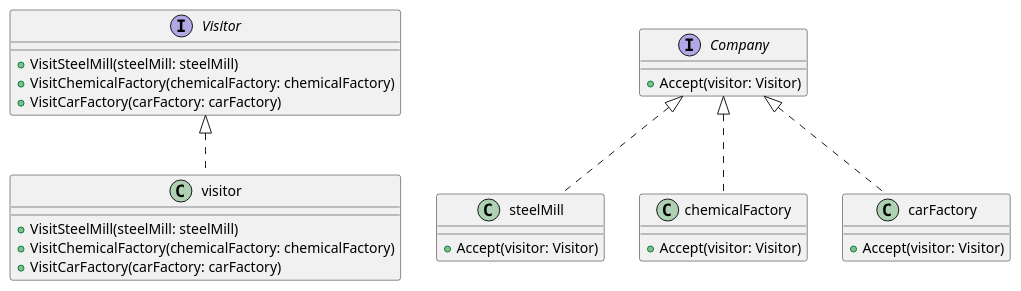
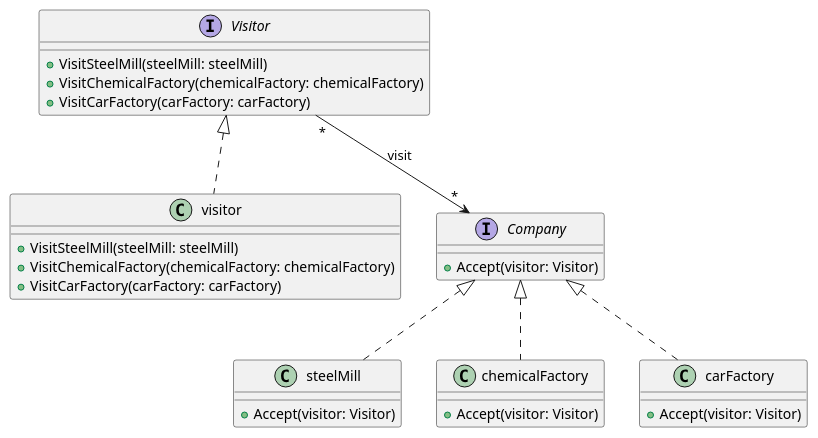
The diagram in doc/visitor_class.puml (capitanFlint129/architectural-patterns-in-go), drawn with PlantUML before and after one commit.

Commit message:
fix class diagram

```diff
--- a/doc/visitor_class.puml
+++ b/doc/visitor_class.puml
@@ -1,38 +1,40 @@
 @startuml
 'https://plantuml.com/class-diagram
 
 interface Visitor {
     +VisitSteelMill(steelMill: steelMill)
     +VisitChemicalFactory(chemicalFactory: chemicalFactory)
     +VisitCarFactory(carFactory: carFactory)
 }
 
 class visitor {
     +VisitSteelMill(steelMill: steelMill)
     +VisitChemicalFactory(chemicalFactory: chemicalFactory)
     +VisitCarFactory(carFactory: carFactory)
 }
 
 class visitor implements Visitor
 
 interface Company {
     +Accept(visitor: Visitor)
 }
 
 class steelMill {
     +Accept(visitor: Visitor)
 }
 
 class chemicalFactory {
     +Accept(visitor: Visitor)
 }
 
 class carFactory {
     +Accept(visitor: Visitor)
 }
 
 class steelMill implements Company
 class chemicalFactory implements Company
 class carFactory implements Company
 
+Visitor "*" --> "*" Company : visit
+
 @enduml
```
